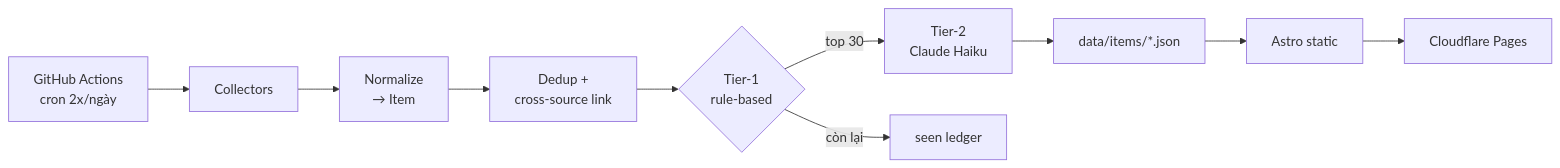
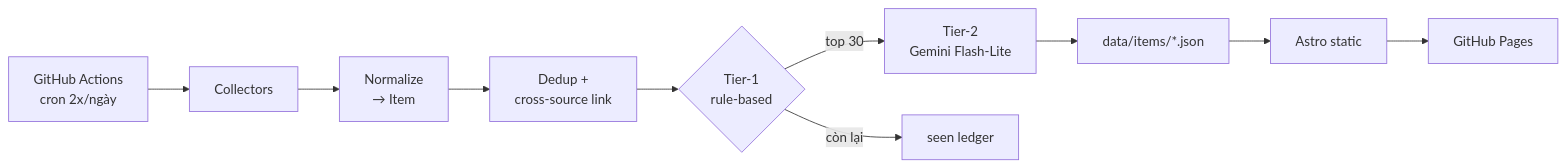
The diagram in README.md (BuiVannn/All-News-AI), drawn with Mermaid before and after one commit. The commit also changed other lines of this file and 26 other files, not shown here.

````diff
--- a/README.md
+++ b/README.md
@@ -15,12 +15,12 @@
 ```mermaid
 flowchart LR
     A[GitHub Actions<br/>cron 2x/ngày] --> B[Collectors]
     B --> C[Normalize<br/>→ Item]
     C --> D[Dedup +<br/>cross-source link]
     D --> E{Tier-1<br/>rule-based}
-    E -->|top 30| F[Tier-2<br/>Claude Haiku]
+    E -->|top 30| F[Tier-2<br/>Gemini Flash-Lite]
     E -->|còn lại| G[seen ledger]
     F --> H[data/items/*.json]
     H --> I[Astro static]
-    I --> J[Cloudflare Pages]
+    I --> J[GitHub Pages]
 ```
````
